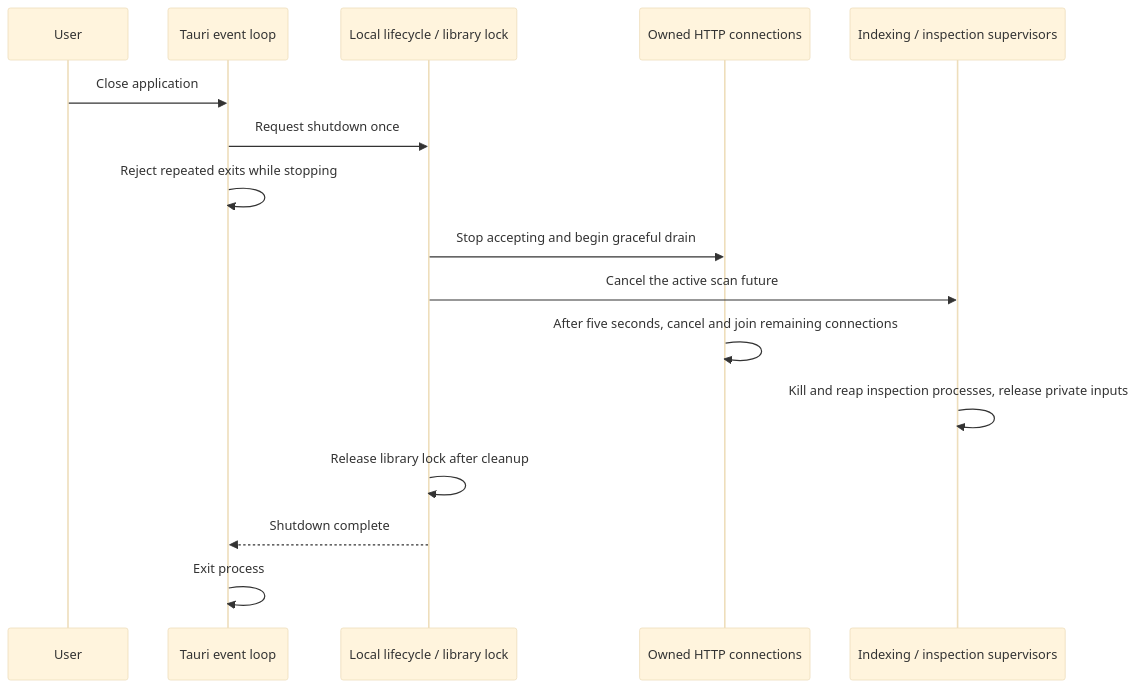
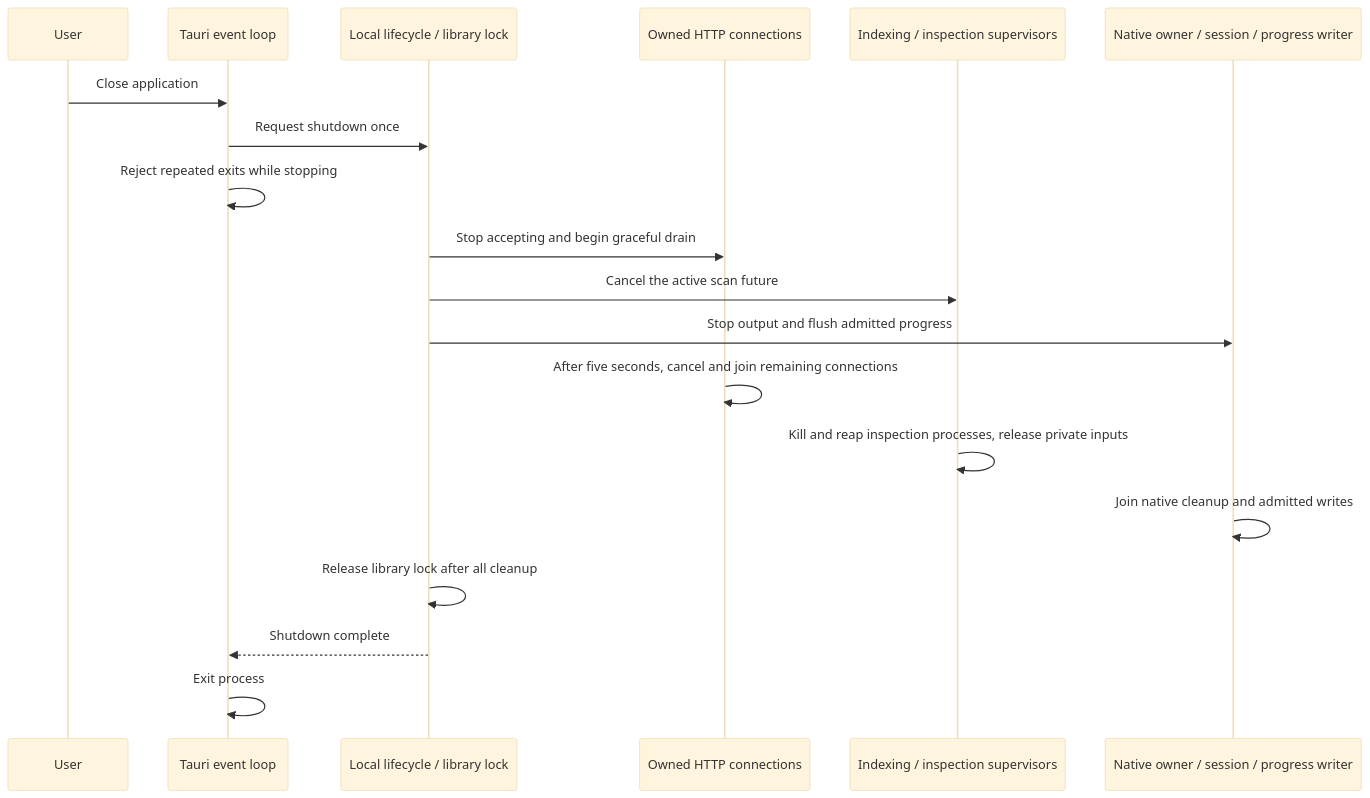
Before and after one commit to acidiney/hitoapp: the second of 2 diagrams in docs/desktop.md, drawn with Mermaid (base theme). The commit also changed other lines of this file and 3 other files, not shown here.

Commit message:
Align desktop and architecture guides with native host integration

````diff
--- a/docs/desktop.md
+++ b/docs/desktop.md
@@ -31,18 +34,21 @@
 ```mermaid
 sequenceDiagram
   participant User
   participant Window as Tauri event loop
   participant Host as Local lifecycle / library lock
   participant HTTP as Owned HTTP connections
   participant Scan as Indexing / inspection supervisors
+  participant Player as Native owner / session / progress writer
   User->>Window: Close application
   Window->>Host: Request shutdown once
   Window->>Window: Reject repeated exits while stopping
   Host->>HTTP: Stop accepting and begin graceful drain
   Host->>Scan: Cancel the active scan future
+  Host->>Player: Stop output and flush admitted progress
   HTTP->>HTTP: After five seconds, cancel and join remaining connections
   Scan->>Scan: Kill and reap inspection processes, release private inputs
-  Host->>Host: Release library lock after cleanup
+  Player->>Player: Join native cleanup and admitted writes
+  Host->>Host: Release library lock after all cleanup
   Host-->>Window: Shutdown complete
   Window->>Window: Exit process
 ```
````
